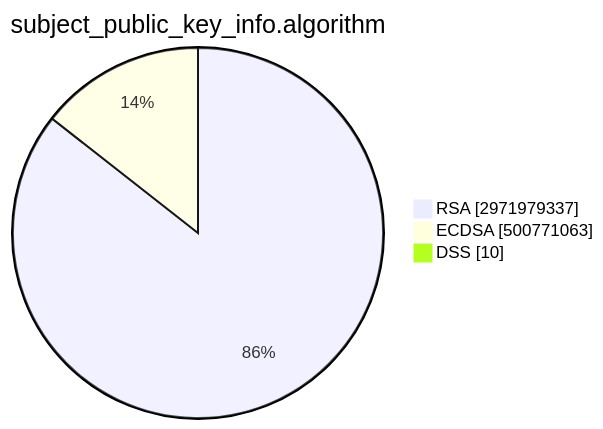
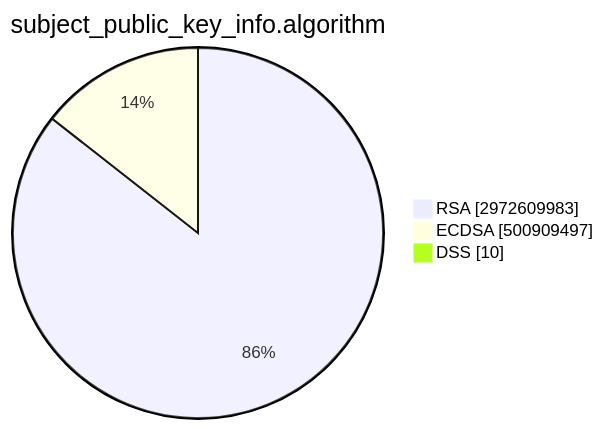
Before and after one commit to christiankrug/ctmonitor_visualization: the second of 15 diagrams in TOTAL/README.md, drawn with Mermaid. The commit also changed other lines of this file, not shown here.

````diff
--- a/TOTAL/README.md
+++ b/TOTAL/README.md
@@ -6,7 +6,7 @@
 ```mermaid
 pie showData
 title subject_public_key_info.algorithm
-"RSA" :2971979337
-"ECDSA" :500771063
+"RSA" :2972609983
+"ECDSA" :500909497
 "DSS" :10
 ```
````
